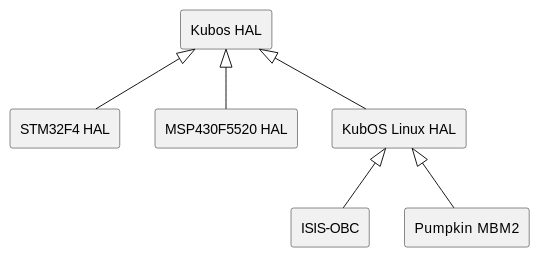
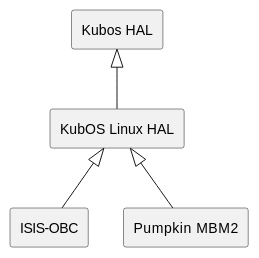
One commit to kubos/kubos changed the diagram in docs/apis/kubos-hal/index.rst. Above: the diagram before and after it, drawn with PlantUML. The commit also changed other lines of this file and 4 other files, not shown here.

```diff
--- a/docs/apis/kubos-hal/index.rst
+++ b/docs/apis/kubos-hal/index.rst
@@ -18,15 +18,11 @@
 .. uml::
 
    @startuml
    rectangle "Kubos HAL" as kubos
-   rectangle "STM32F4 HAL" as stm32f4
-   rectangle "MSP430F5520 HAL" as msp430
    rectangle "KubOS Linux HAL" as linux
    rectangle "ISIS-OBC" as iobc
    rectangle "Pumpkin MBM2" as mbm2
-   kubos <|-- stm32f4
-   kubos <|-- msp430
    kubos <|-- linux
    linux <|-- iobc
    linux <|-- mbm2
    @enduml
```
